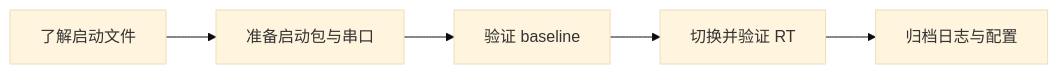
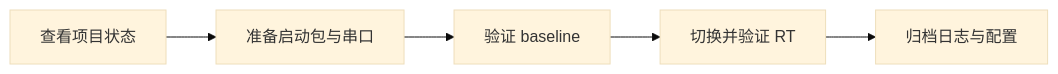
The first of 6 diagrams in README.md (maxwell-motion-measurement-rd/p5b-linux-rt), drawn with Mermaid (base theme) before and after one commit. The commit also changed other lines of this file, not shown here.

````diff
--- a/README.md
+++ b/README.md
@@ -14,7 +16,7 @@
 ```mermaid
 flowchart LR
-    A["了解启动文件"] --> B["准备启动包与串口"]
+    A["查看项目状态"] --> B["准备启动包与串口"]
     B --> C["验证 baseline"]
     C --> D["切换并验证 RT"]
     D --> E["归档日志与配置"]
 ```
````
